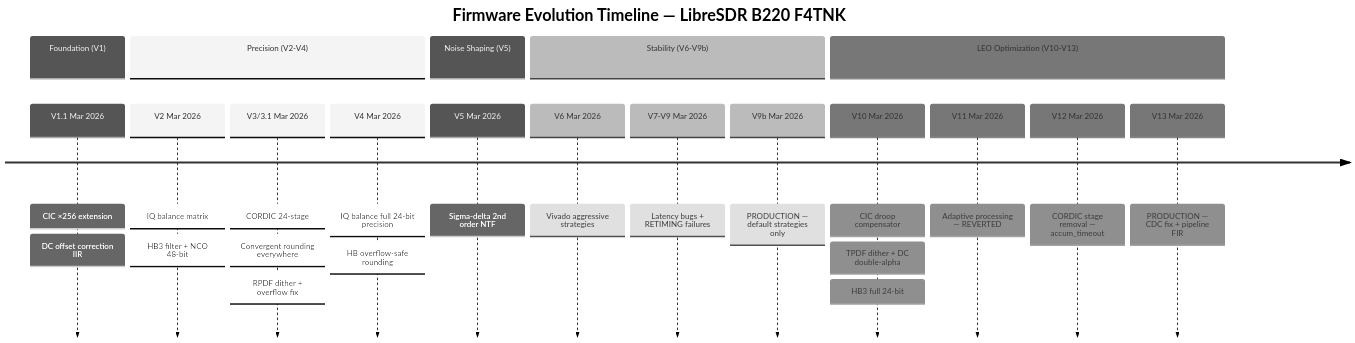
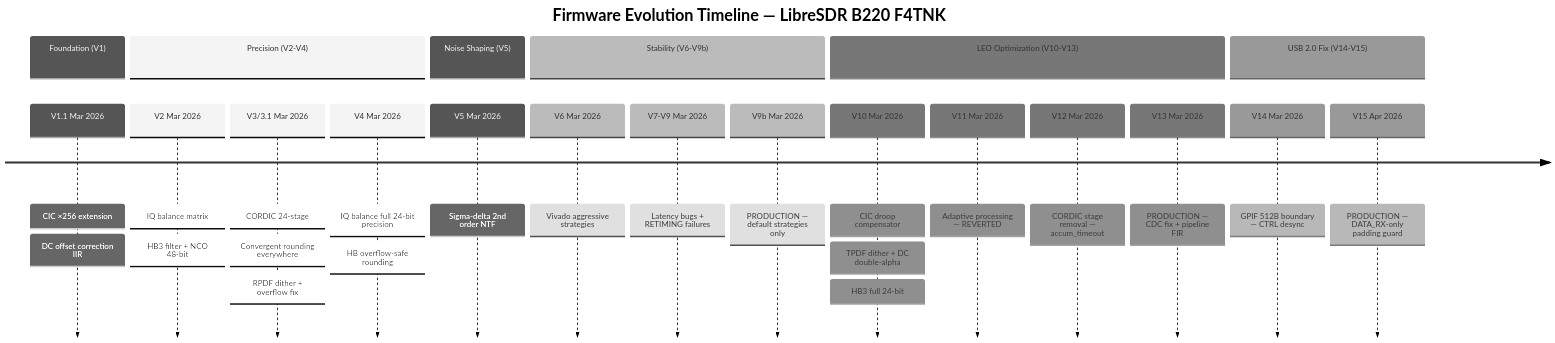
The fifth of 22 diagrams in OPTIMIZE-F4TNK.md (f4tnk/LibreSDR_UHD_B220_Mini_FPGA), drawn with Mermaid (neutral theme) before and after one commit. The commit also changed other lines of this file and 8 other files, not shown here.

First line of the commit message:
V15: GPIF padding guard — DATA_RX only, fixes CTRL_RX packet_count assertion

````diff
--- a/OPTIMIZE-F4TNK.md
+++ b/OPTIMIZE-F4TNK.md
@@ -151,28 +151,31 @@
 ```mermaid
 timeline
     title Firmware Evolution Timeline — LibreSDR B220 F4TNK
     section Foundation (V1)
         V1.1 Mar 2026 : CIC ×256 extension
                       : DC offset correction IIR
     section Precision (V2-V4)
         V2 Mar 2026 : IQ balance matrix
                     : HB3 filter + NCO 48-bit
         V3/3.1 Mar 2026 : CORDIC 24-stage
                         : Convergent rounding everywhere
                         : RPDF dither + overflow fix
         V4 Mar 2026 : IQ balance full 24-bit precision
                     : HB overflow-safe rounding
     section Noise Shaping (V5)
         V5 Mar 2026 : Sigma-delta 2nd order NTF
     section Stability (V6-V9b)
         V6 Mar 2026 : Vivado aggressive strategies
         V7-V9 Mar 2026 : Latency bugs + RETIMING failures
         V9b Mar 2026 : PRODUCTION — default strategies only
     section LEO Optimization (V10-V13)
         V10 Mar 2026 : CIC droop compensator
                      : TPDF dither + DC double-alpha
                      : HB3 full 24-bit
         V11 Mar 2026 : Adaptive processing — REVERTED
         V12 Mar 2026 : CORDIC stage removal — accum_timeout
         V13 Mar 2026 : PRODUCTION — CDC fix + pipeline FIR
+    section USB 2.0 Fix (V14-V15)
+        V14 Mar 2026 : GPIF 512B boundary — CTRL desync
+        V15 Apr 2026 : PRODUCTION — DATA_RX-only padding guard
 ```
````
